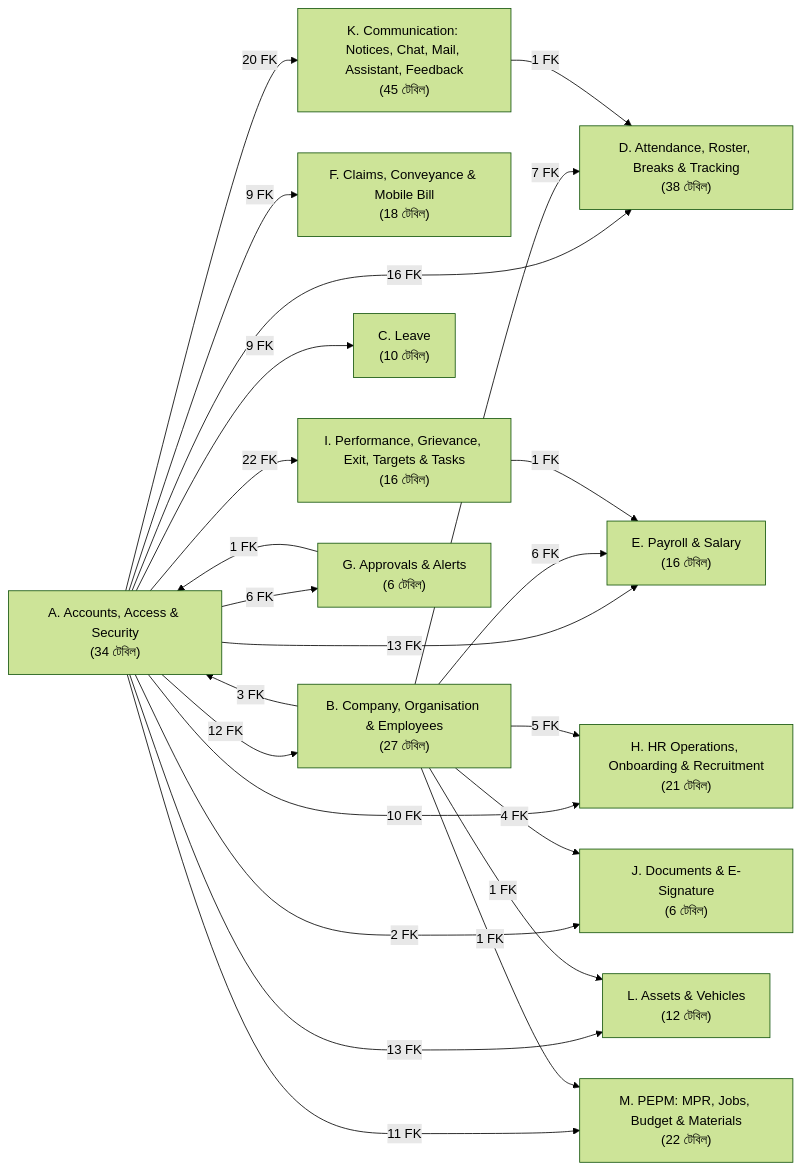
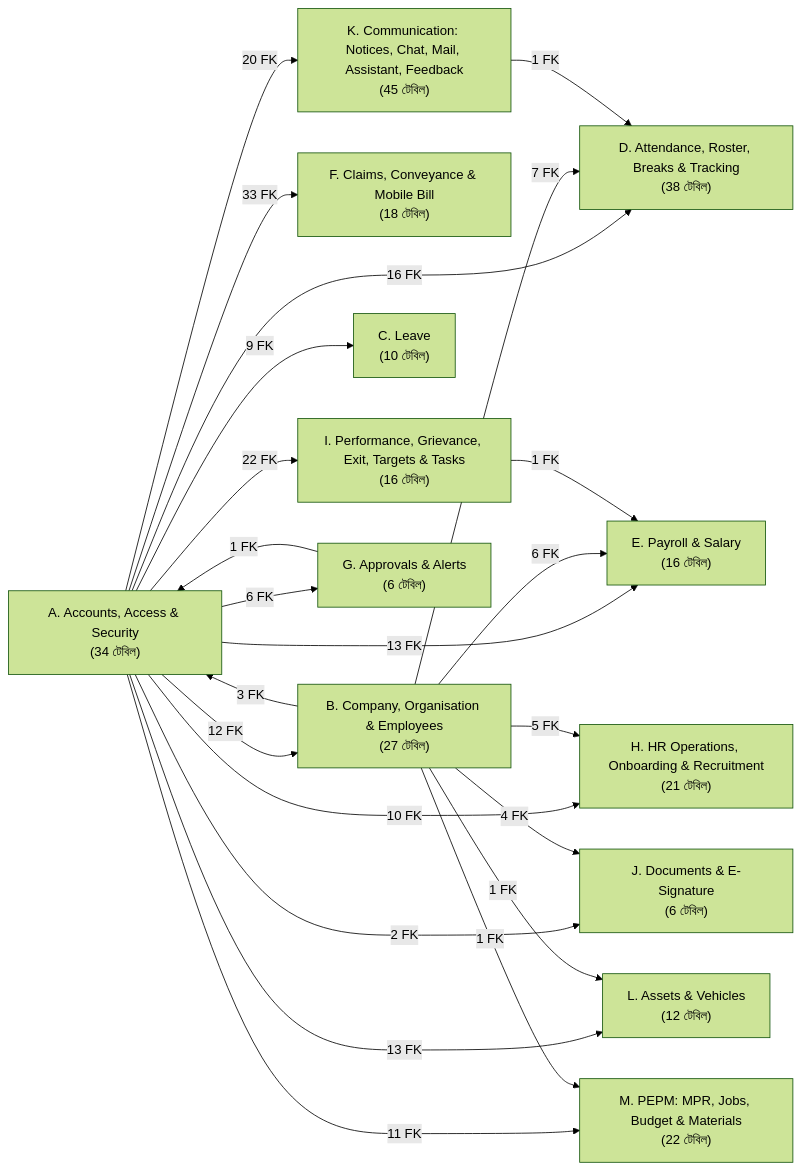
Before and after one commit to ruhulamencredence/CredenceHR: the diagram in docs/architecture/database/diagrams/00-module-map.mmd, drawn with Mermaid (forest theme). The commit also changed 28 other files, not shown here.

First line of the commit message:
docs: vehicle_requisitions trip columns in the data dictionary and diagrams

```diff
--- a/docs/architecture/database/diagrams/00-module-map.mmd
+++ b/docs/architecture/database/diagrams/00-module-map.mmd
@@ -1,36 +1,36 @@
 flowchart LR
   K["K. Communication: Notices, Chat, Mail, Assistant, Feedback<br/>(45 টেবিল)"]
   H["H. HR Operations, Onboarding & Recruitment<br/>(21 টেবিল)"]
   D["D. Attendance, Roster, Breaks & Tracking<br/>(38 টেবিল)"]
   A["A. Accounts, Access & Security<br/>(34 টেবিল)"]
   M["M. PEPM: MPR, Jobs, Budget & Materials<br/>(22 টেবিল)"]
   F["F. Claims, Conveyance & Mobile Bill<br/>(18 টেবিল)"]
   B["B. Company, Organisation & Employees<br/>(27 টেবিল)"]
   C["C. Leave<br/>(10 টেবিল)"]
   L["L. Assets & Vehicles<br/>(12 টেবিল)"]
   J["J. Documents & E-Signature<br/>(6 টেবিল)"]
   E["E. Payroll & Salary<br/>(16 টেবিল)"]
   I["I. Performance, Grievance, Exit, Targets & Tasks<br/>(16 টেবিল)"]
   G["G. Approvals & Alerts<br/>(6 টেবিল)"]
   A -->|12 FK| B
   A -->|9 FK| C
   A -->|16 FK| D
   A -->|13 FK| E
-  A -->|9 FK| F
+  A -->|33 FK| F
   A -->|6 FK| G
   A -->|10 FK| H
   A -->|22 FK| I
   A -->|2 FK| J
   A -->|20 FK| K
   A -->|13 FK| L
   A -->|11 FK| M
   B -->|3 FK| A
   B -->|7 FK| D
   B -->|6 FK| E
   B -->|5 FK| H
   B -->|4 FK| J
   B -->|1 FK| L
   B -->|1 FK| M
   G -->|1 FK| A
   I -->|1 FK| E
   K -->|1 FK| D
```
